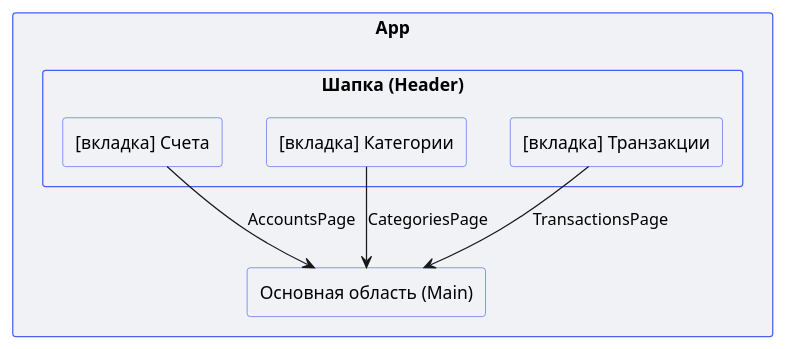
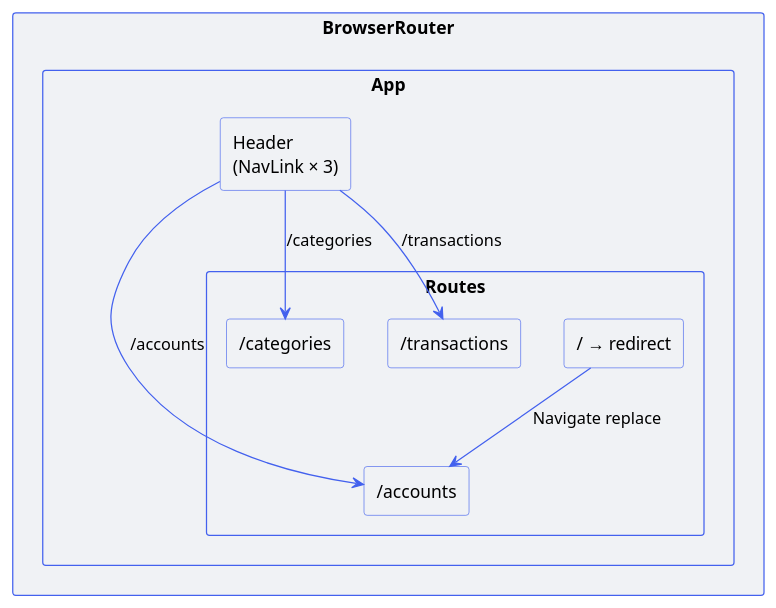
One commit to vasmaae/internet-programming-sivby changed the third of 6 diagrams in report.md. Above: the diagram before and after it, drawn with PlantUML. The commit also changed other lines of this file and 7 other files, not shown here.

````diff
--- a/report.md
+++ b/report.md
@@ -208,21 +208,28 @@
 ```plantuml
-@startuml Схема навигации
+@startuml Схема маршрутизации
 skinparam rectangle {
   BackgroundColor #f0f2f5
   BorderColor #4361ee
 }
-
-rectangle "App" as App {
-  rectangle "Шапка (Header)" as H {
-    rectangle "[вкладка] Счета" as T1
-    rectangle "[вкладка] Категории" as T2
-    rectangle "[вкладка] Транзакции" as T3
-  }
-  rectangle "Основная область (Main)" as M
+skinparam arrow {
+  Color #4361ee
 }
 
-T1 --> M : AccountsPage
-T2 --> M : CategoriesPage
-T3 --> M : TransactionsPage
+rectangle "BrowserRouter" {
+  rectangle "App" {
+    rectangle "Header\n(NavLink × 3)" as Nav
+    rectangle "Routes" as R {
+      rectangle "/ → redirect" as R0
+      rectangle "/accounts" as R1
+      rectangle "/categories" as R2
+      rectangle "/transactions" as R3
+    }
+  }
+}
+
+Nav --> R1 : /accounts
+Nav --> R2 : /categories
+Nav --> R3 : /transactions
+R0 --> R1 : Navigate replace
 @enduml
 ```
````
